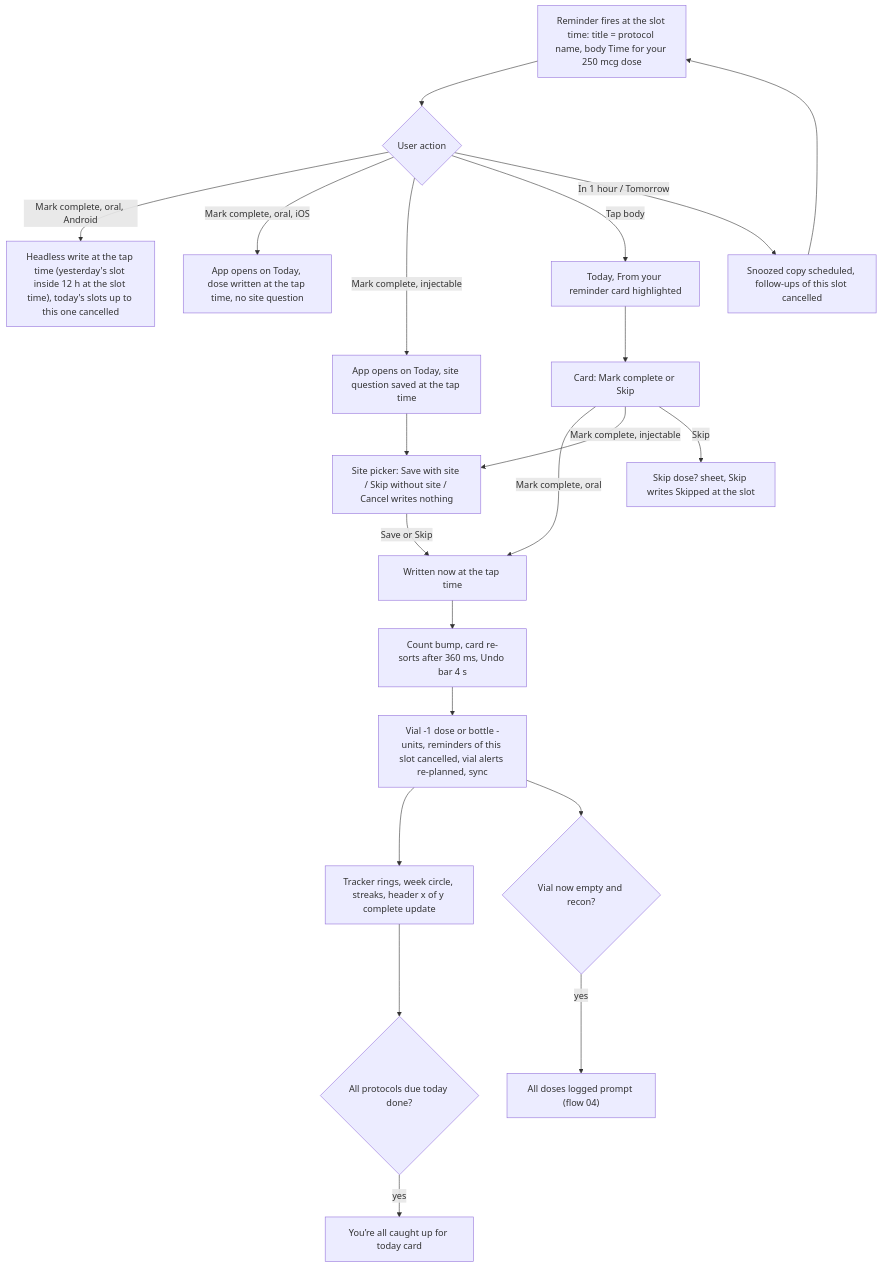
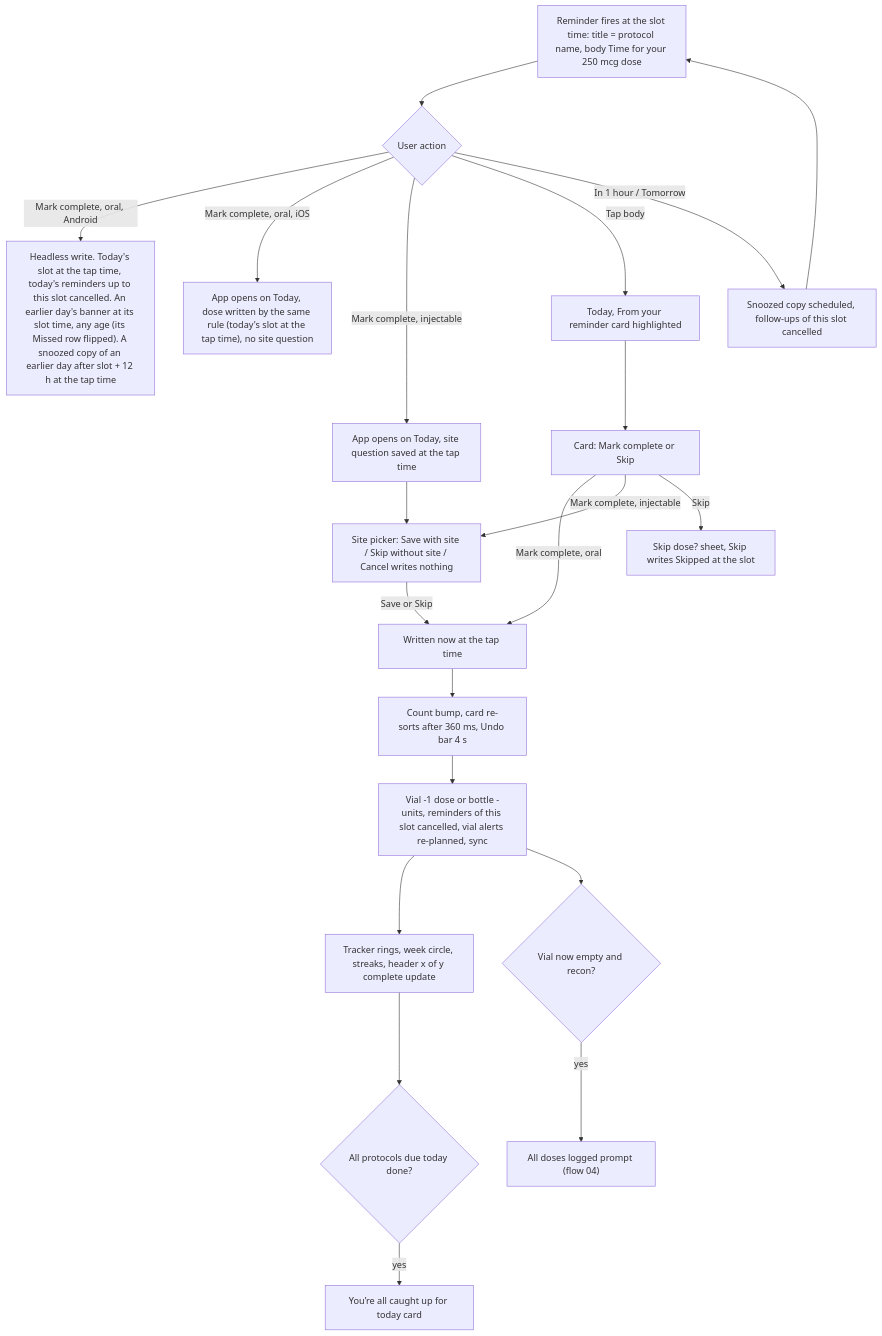
The first of 6 diagrams in docs/product/flows/03-dose-day.md (evandroviskis/dosetrace), drawn with Mermaid before and after one commit. The commit also changed other lines of this file and 26 other files, not shown here.

Commit message:
docs/product: round-2 corrections propagated to PRD (G-1..G-233), TRD + dossiers, flows + Portuguese picture from the final registers; 105 diagrams parse; zero stale ids

````diff
--- a/docs/product/flows/03-dose-day.md
+++ b/docs/product/flows/03-dose-day.md
@@ -51,23 +51,23 @@
 ```mermaid
 flowchart TD
   A["Reminder fires at the slot time: title = protocol name, body Time for your 250 mcg dose"] --> B{"User action"}
-  B -->|Mark complete, oral, Android| C["Headless write at the tap time (yesterday's slot inside 12 h at the slot time), today's slots up to this one cancelled"]
-  B -->|Mark complete, oral, iOS| R["App opens on Today, dose written at the tap time, no site question"]
+  B -->|Mark complete, oral, Android| C["Headless write. Today's slot at the tap time, today's reminders up to this slot cancelled. An earlier day's banner at its slot time, any age (its Missed row flipped). A snoozed copy of an earlier day after slot + 12 h at the tap time"]
+  B -->|Mark complete, oral, iOS| R["App opens on Today, dose written by the same rule (today's slot at the tap time), no site question"]
   B -->|Mark complete, injectable| D["App opens on Today, site question saved at the tap time"]
   B -->|Tap body| E["Today, From your reminder card highlighted"]
   B -->|In 1 hour / Tomorrow| F["Snoozed copy scheduled, follow-ups of this slot cancelled"]
   D --> G["Site picker: Save with site / Skip without site / Cancel writes nothing"]
   E --> H["Card: Mark complete or Skip"]
   H -->|Mark complete, oral| I["Written now at the tap time"]
   H -->|Mark complete, injectable| G
   H -->|Skip| J["Skip dose? sheet, Skip writes Skipped at the slot"]
   G -->|Save or Skip| I
   I --> K["Count bump, card re-sorts after 360 ms, Undo bar 4 s"]
   K --> L["Vial -1 dose or bottle -units, reminders of this slot cancelled, vial alerts re-planned, sync"]
   L --> M["Tracker rings, week circle, streaks, header x of y complete update"]
   L --> N{"Vial now empty and recon?"}
   N -->|yes| O["All doses logged prompt (flow 04)"]
   M --> P{"All protocols due today done?"}
   P -->|yes| Q["You’re all caught up for today card"]
   F --> A
 ```
````
